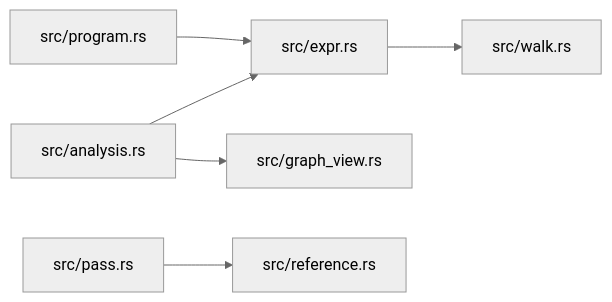
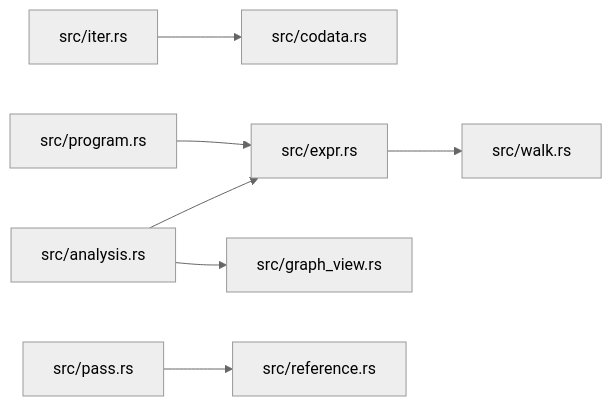
Before and after one commit to xcrtp/zela: the diagram in docs/modules/ze-comb.md, drawn with Mermaid (neutral theme). The commit also changed other lines of this file and 6 other files, not shown here.

````diff
--- a/docs/modules/ze-comb.md
+++ b/docs/modules/ze-comb.md
@@ -32,15 +33,18 @@
 ```mermaid
 graph LR
     f0["src/analysis.rs"]
+    f5["src/codata.rs"]
     f1["src/expr.rs"]
     f2["src/graph_view.rs"]
-    f4["src/pass.rs"]
-    f6["src/program.rs"]
-    f5["src/reference.rs"]
+    f4["src/iter.rs"]
+    f6["src/pass.rs"]
+    f8["src/program.rs"]
+    f7["src/reference.rs"]
     f3["src/walk.rs"]
     f0 --> f1
     f0 --> f2
     f1 --> f3
     f4 --> f5
-    f6 --> f1
+    f6 --> f7
+    f8 --> f1
 ```
````
